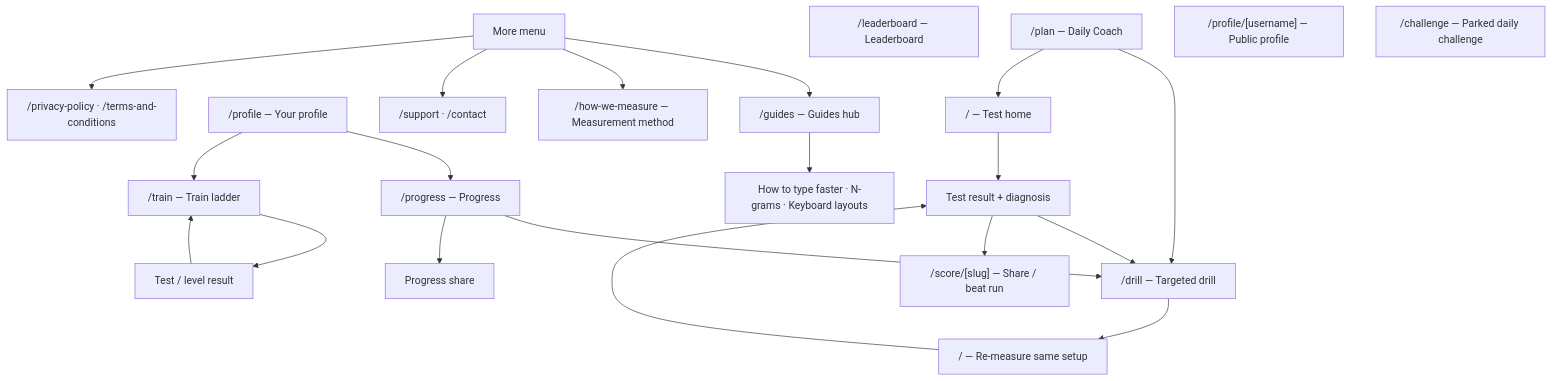
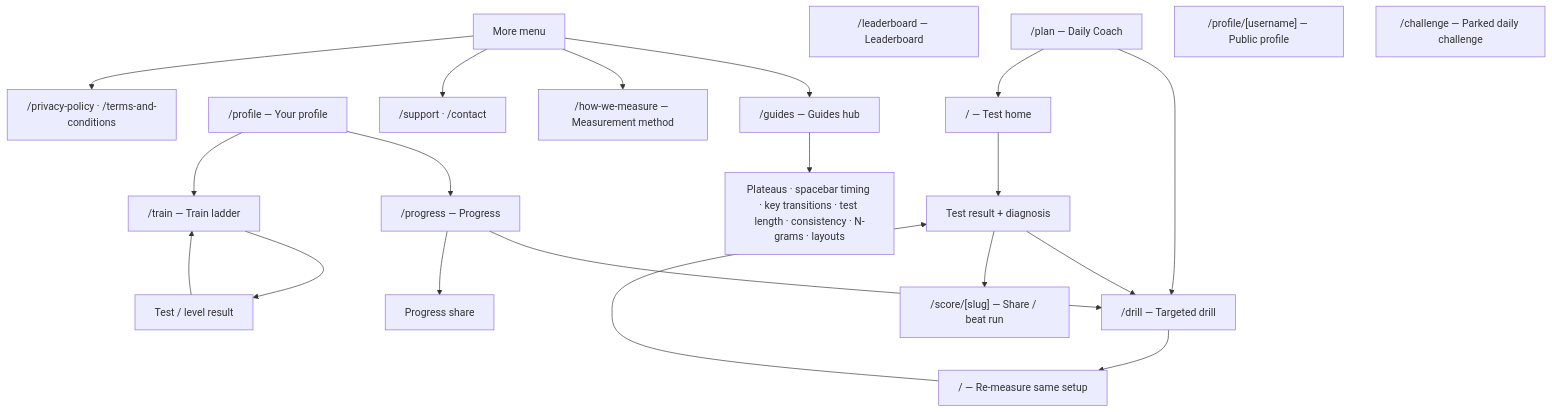
The diagram in docs/architecture/system-map.md (SlaterRGordon/typecafe), drawn with Mermaid before and after one commit. The commit also changed 13 other files, not shown here.

First line of the commit message:
feat(guides): add typing diagnosis articles

````diff
--- a/docs/architecture/system-map.md
+++ b/docs/architecture/system-map.md
@@ -31,33 +31,33 @@
 ```mermaid
 flowchart TD
     Home["/ — Test home"]
     Progress["/progress — Progress"]
     Train["/train — Train ladder"]
     Coach["/plan — Daily Coach"]
     Leaderboard["/leaderboard — Leaderboard"]
     Profile["/profile — Your profile"]
 
     Home --> Score["Test result + diagnosis"]
     Score --> Drill["/drill — Targeted drill"]
     Drill --> ReMeasure["/ — Re-measure same setup"]
     ReMeasure --> Score
     Score --> Share["/score/[slug] — Share / beat run"]
 
     Progress --> Drill
     Progress --> ShareProgress["Progress share"]
     Coach --> Drill
     Coach --> Home
     Train --> TrainTest["Test / level result"]
     TrainTest --> Train
     Profile --> Progress
     Profile --> Train
 
     More["More menu"] --> Guides["/guides — Guides hub"]
-    Guides --> GuideArticles["How to type faster · N-grams · Keyboard layouts"]
+    Guides --> GuideArticles["Plateaus · spacebar timing · key transitions · test length · consistency · N-grams · layouts"]
     More --> Measure["/how-we-measure — Measurement method"]
     More --> Support["/support · /contact"]
     More --> Legal["/privacy-policy · /terms-and-conditions"]
 
     PublicProfile["/profile/[username] — Public profile"]
     Challenge["/challenge — Parked daily challenge"]
 ```
````
